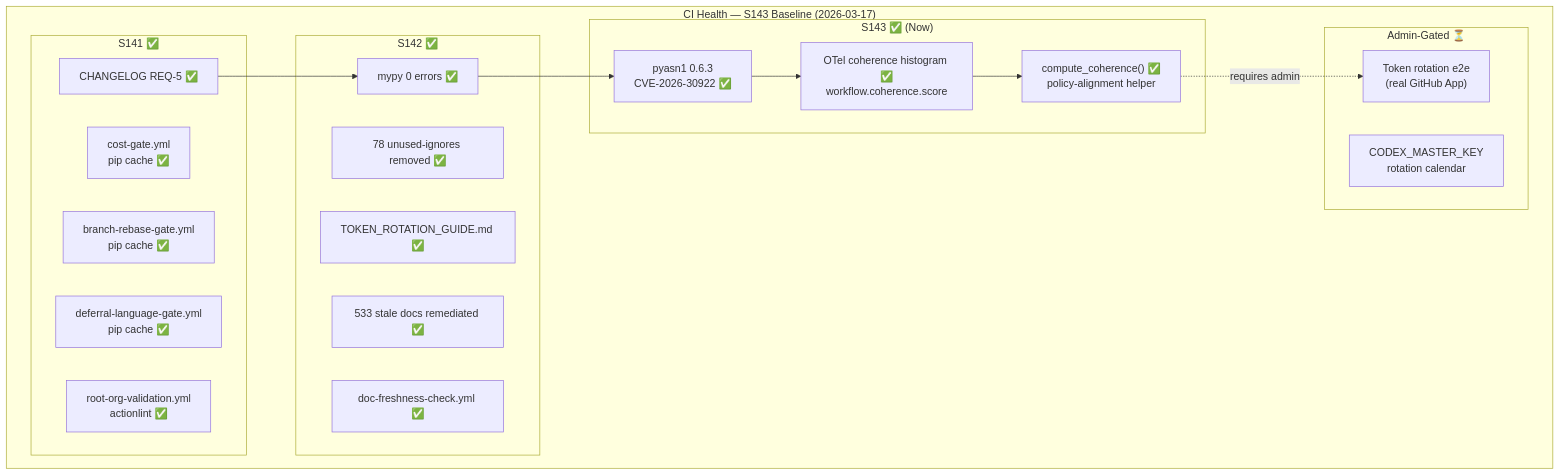
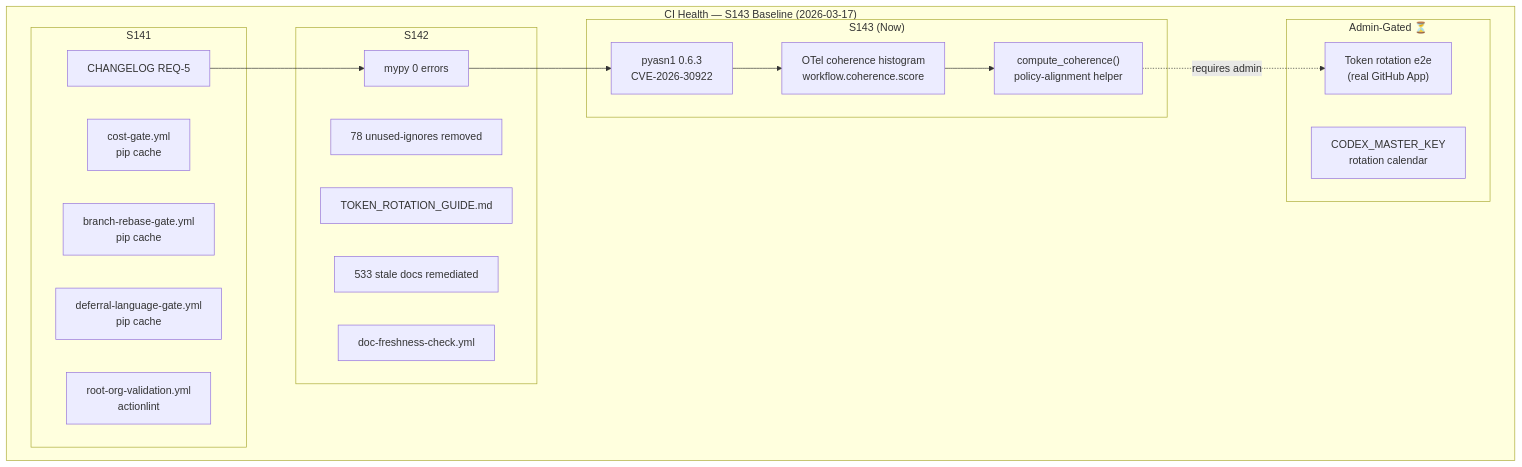
The third of 4 diagrams in docs/cognitive_brain/status/COGNITIVE_BRAIN_STATUS_PR3610.md (Aries-Serpent/_codex_), drawn with Mermaid before and after one commit. The commit also changed other lines of this file and 2029 other files, not shown here.

````diff
--- a/docs/cognitive_brain/status/COGNITIVE_BRAIN_STATUS_PR3610.md
+++ b/docs/cognitive_brain/status/COGNITIVE_BRAIN_STATUS_PR3610.md
@@ -146,40 +148,40 @@
 ```mermaid
-%%{init: {'accessibility': {'title': 'Diagram showing "cost-gate.yml<br/>pip cache ✅", "branch-rebase-gate.yml<br/>pip cache ✅"'}}%%
+%%{init: {'accessibility': {'title': 'Diagram showing "cost-gate.yml<br/>pip cache ", "branch-rebase-gate.yml<br/>pip cache "'}}%%
 graph TB
     subgraph "CI Health — S143 Baseline (2026-03-17)"
         direction LR
 
-        subgraph "S141 ✅"
-            A1["cost-gate.yml<br/>pip cache ✅"]
-            A2["branch-rebase-gate.yml<br/>pip cache ✅"]
-            A3["deferral-language-gate.yml<br/>pip cache ✅"]
-            A4["root-org-validation.yml<br/>actionlint ✅"]
-            A5["CHANGELOG REQ-5 ✅"]
+        subgraph "S141 "
+            A1["cost-gate.yml<br/>pip cache "]
+            A2["branch-rebase-gate.yml<br/>pip cache "]
+            A3["deferral-language-gate.yml<br/>pip cache "]
+            A4["root-org-validation.yml<br/>actionlint "]
+            A5["CHANGELOG REQ-5 "]
         end
 
-        subgraph "S142 ✅"
-            B1["mypy 0 errors ✅"]
-            B2["78 unused-ignores removed ✅"]
-            B3["TOKEN_ROTATION_GUIDE.md ✅"]
-            B4["533 stale docs remediated ✅"]
-            B5["doc-freshness-check.yml ✅"]
+        subgraph "S142 "
+            B1["mypy 0 errors "]
+            B2["78 unused-ignores removed "]
+            B3["TOKEN_ROTATION_GUIDE.md "]
+            B4["533 stale docs remediated "]
+            B5["doc-freshness-check.yml "]
         end
 
-        subgraph "S143 ✅ (Now)"
-            C1["pyasn1 0.6.3<br/>CVE-2026-30922 ✅"]
-            C2["OTel coherence histogram ✅<br/>workflow.coherence.score"]
-            C3["compute_coherence() ✅<br/>policy-alignment helper"]
+        subgraph "S143  (Now)"
+            C1["pyasn1 0.6.3<br/>CVE-2026-30922 "]
+            C2["OTel coherence histogram <br/>workflow.coherence.score"]
+            C3["compute_coherence() <br/>policy-alignment helper"]
         end
 
         subgraph "Admin-Gated ⏳"
             D1["Token rotation e2e<br/>(real GitHub App)"]
             D2["CODEX_MASTER_KEY<br/>rotation calendar"]
         end
     end
 
     A5 --> B1
     B1 --> C1
     C1 --> C2
     C2 --> C3
     C3 -.->|requires admin| D1
 ```
````
